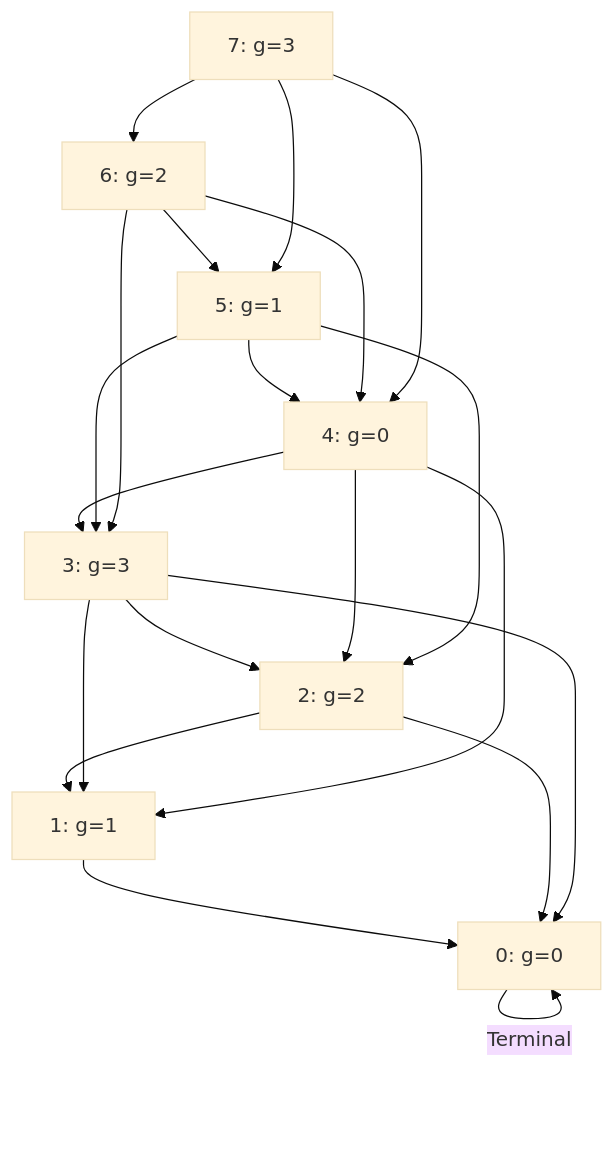
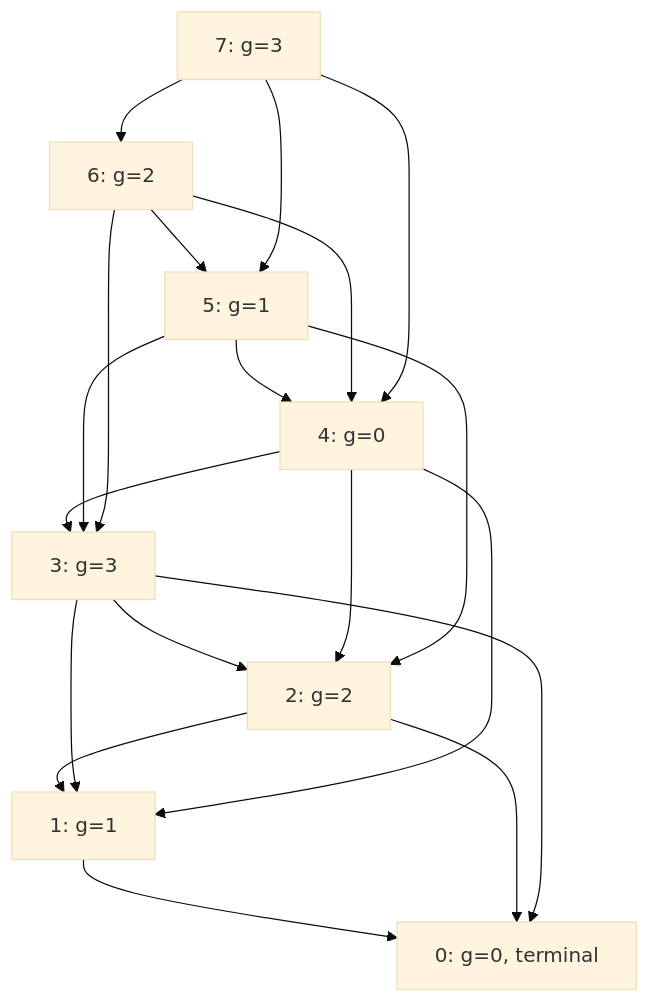
The second of 2 diagrams in public/documents/semester-2/3/2391.md (djaimej/computer-science-template), drawn with Mermaid (base theme) before and after one commit. The commit also changed other lines of this file and 38 other files, not shown here.

````diff
--- a/public/documents/semester-2/3/2391.md
+++ b/public/documents/semester-2/3/2391.md
@@ -197,25 +200,25 @@
 ```mermaid
 graph TD
-    v0[0: g=0] -->|Terminal| v0
+    v0["0: g=0, terminal"]
     v1[1: g=1] --> v0
     v2[2: g=2] --> v1
     v2 --> v0
     v3[3: g=3] --> v2
     v3 --> v1
     v3 --> v0
     v4[4: g=0] --> v3
     v4 --> v2
     v4 --> v1
     v5[5: g=1] --> v4
     v5 --> v3
     v5 --> v2
     v6[6: g=2] --> v5
     v6 --> v4
     v6 --> v3
     v7[7: g=3] --> v6
     v7 --> v5
     v7 --> v4
 
     v0:::pink
     v4:::pink
 ```
````
